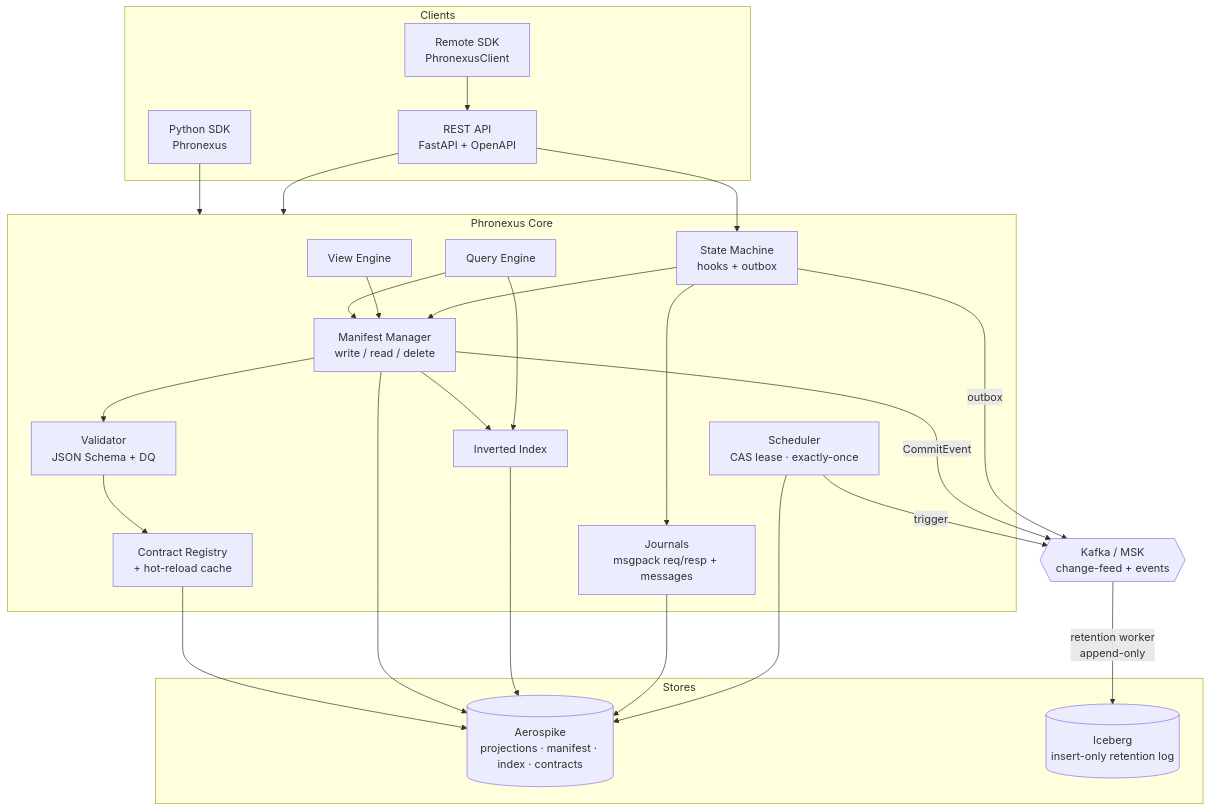
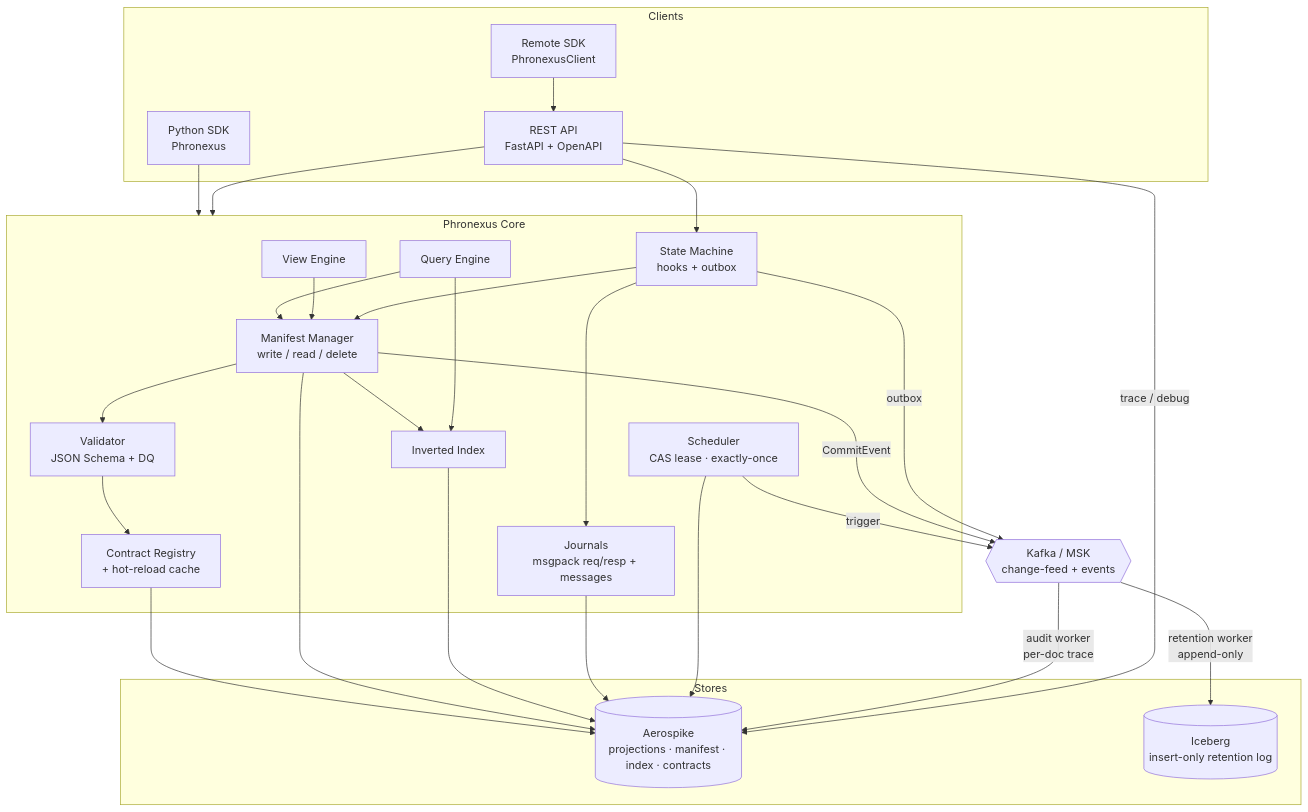
One commit to shubham3582/test changed the first of 3 diagrams in docs/architecture.md. Above: the diagram before and after it, drawn with Mermaid. The commit also changed other lines of this file and 38 other files, not shown here.

````diff
--- a/docs/architecture.md
+++ b/docs/architecture.md
@@ -12,47 +12,49 @@
 ```mermaid
 flowchart TB
     subgraph clients[Clients]
       SDKp[Python SDK<br/>Phronexus]
       SDKr[Remote SDK<br/>PhronexusClient]
       REST[REST API<br/>FastAPI + OpenAPI]
     end
 
     subgraph core[Phronexus Core]
       REG[Contract Registry<br/>+ hot-reload cache]
       VAL[Validator<br/>JSON Schema + DQ]
       MAN[Manifest Manager<br/>write / read / delete]
       IDX[Inverted Index]
       QRY[Query Engine]
       VIEW[View Engine]
       SM[State Machine<br/>hooks + outbox]
       SCH[Scheduler<br/>CAS lease · exactly-once]
       JRN[Journals<br/>msgpack req/resp + messages]
     end
 
     subgraph stores[Stores]
       AERO[(Aerospike<br/>projections · manifest · index · contracts)]
       ICE[(Iceberg<br/>insert-only retention log)]
     end
 
     KAFKA{{Kafka / MSK<br/>change-feed + events}}
 
     SDKp --> core
     SDKr --> REST --> core
     REST --> SM
 
     REG --> AERO
     VAL --> REG
     MAN --> VAL
     MAN --> AERO
     MAN --> IDX --> AERO
     QRY --> IDX
     QRY --> MAN
     VIEW --> MAN
     SM --> MAN
     SM --> JRN --> AERO
     SCH --> AERO
     SCH -- trigger --> KAFKA
     MAN -- CommitEvent --> KAFKA
     SM -- outbox --> KAFKA
     KAFKA -- retention worker<br/>append-only --> ICE
+    KAFKA -- audit worker<br/>per-doc trace --> AERO
+    REST -- trace / debug --> AERO
 ```
````
